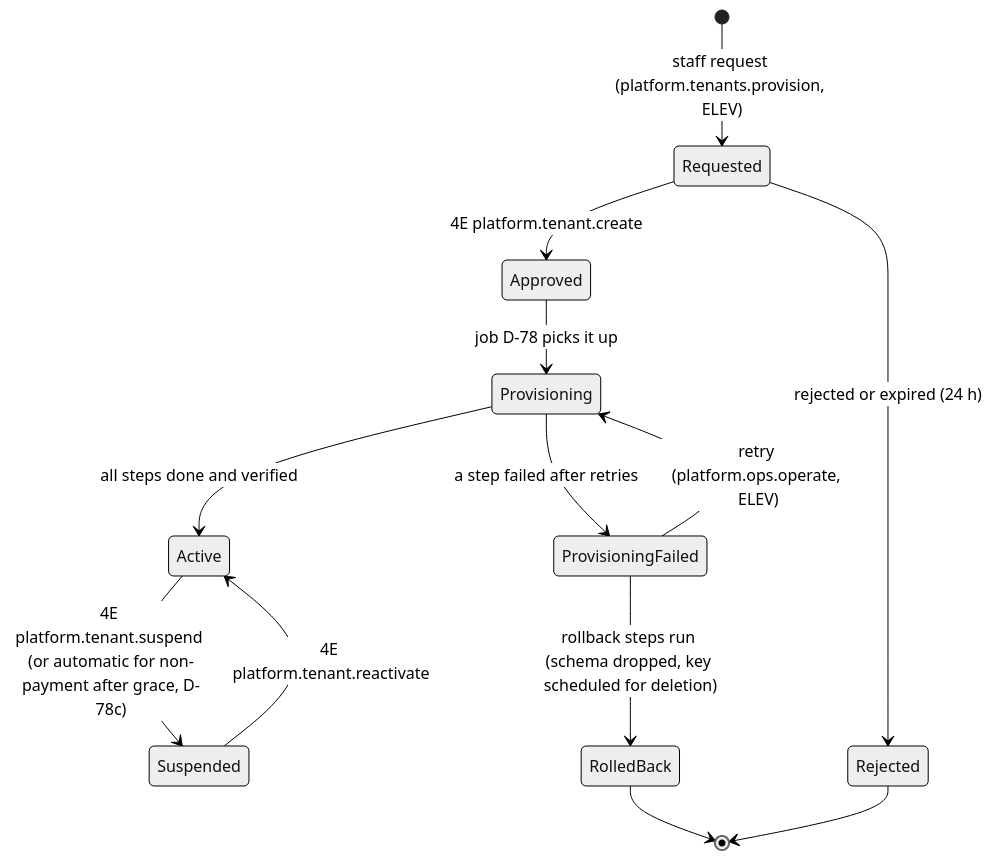
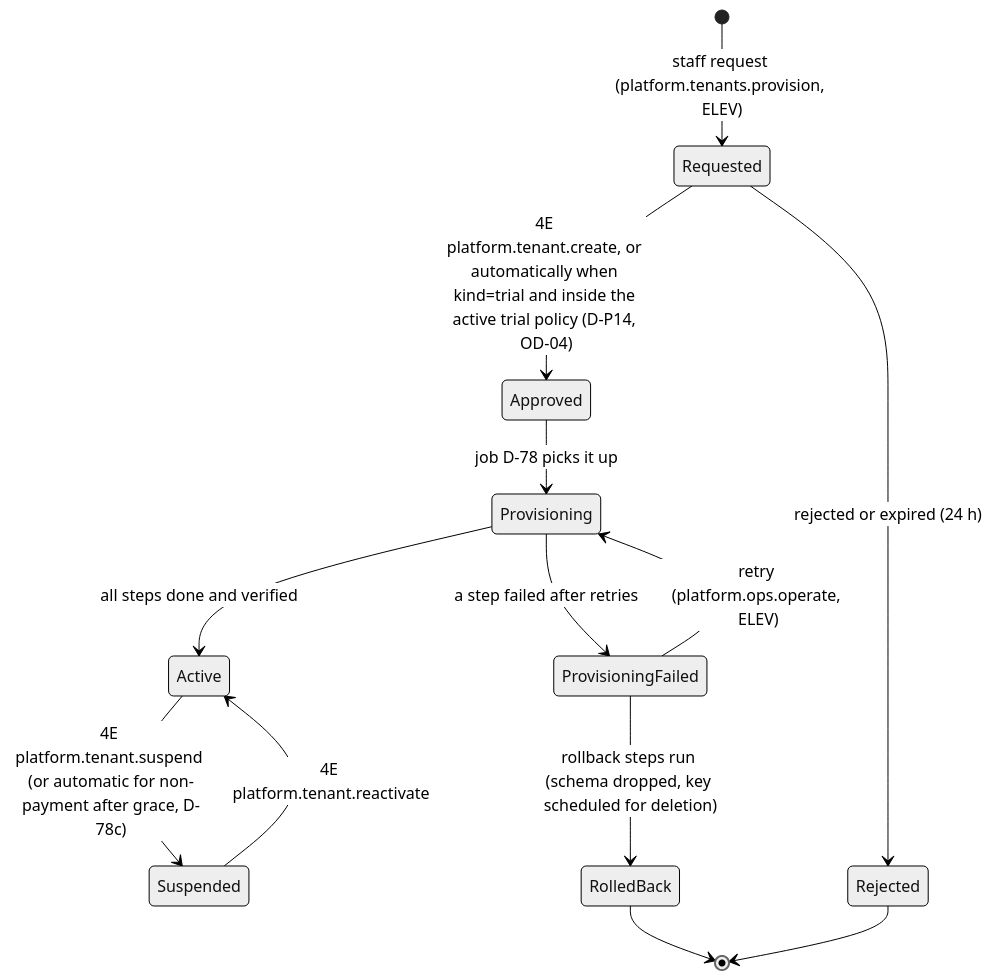
Diagram 12 of 18 in docs/architecture/backend-v2/phase2/2D-workflows.md (ShahidCS/Selvara), drawn with Mermaid (neutral theme) before and after one commit. The commit also changed other lines of this file and 4 other files, not shown here.

````diff
--- a/docs/architecture/backend-v2/phase2/2D-workflows.md
+++ b/docs/architecture/backend-v2/phase2/2D-workflows.md
@@ -293,15 +293,15 @@
 ```mermaid
 stateDiagram-v2
     [*] --> Requested: staff request (platform.tenants.provision, ELEV)
-    Requested --> Approved: 4E platform.tenant.create
+    Requested --> Approved: 4E platform.tenant.create, or automatically when kind=trial and inside the active trial policy (D-P14, OD-04)
     Requested --> Rejected: rejected or expired (24 h)
     Approved --> Provisioning: job D-78 picks it up
     Provisioning --> Active: all steps done and verified
     Provisioning --> ProvisioningFailed: a step failed after retries
     ProvisioningFailed --> Provisioning: retry (platform.ops.operate, ELEV)
     ProvisioningFailed --> RolledBack: rollback steps run (schema dropped, key scheduled for deletion)
     Active --> Suspended: 4E platform.tenant.suspend (or automatic for non-payment after grace, D-78c)
     Suspended --> Active: 4E platform.tenant.reactivate
     RolledBack --> [*]
     Rejected --> [*]
 ```
````
